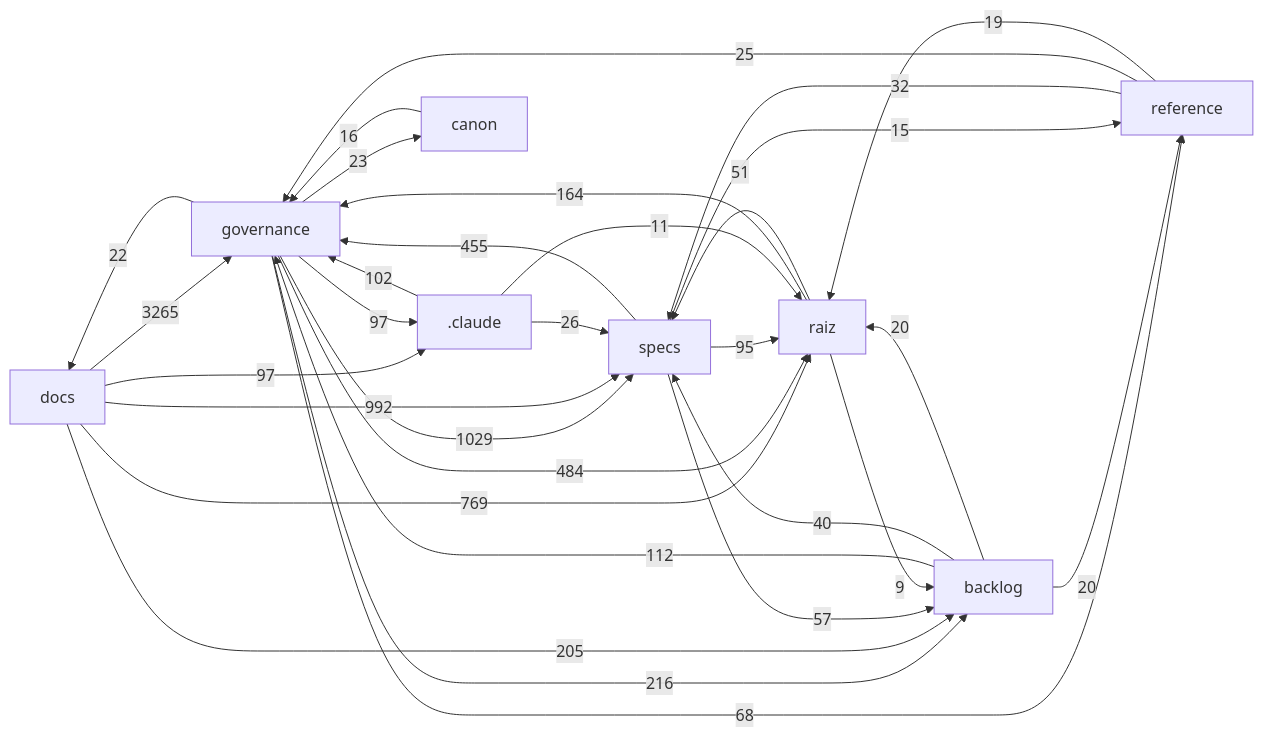
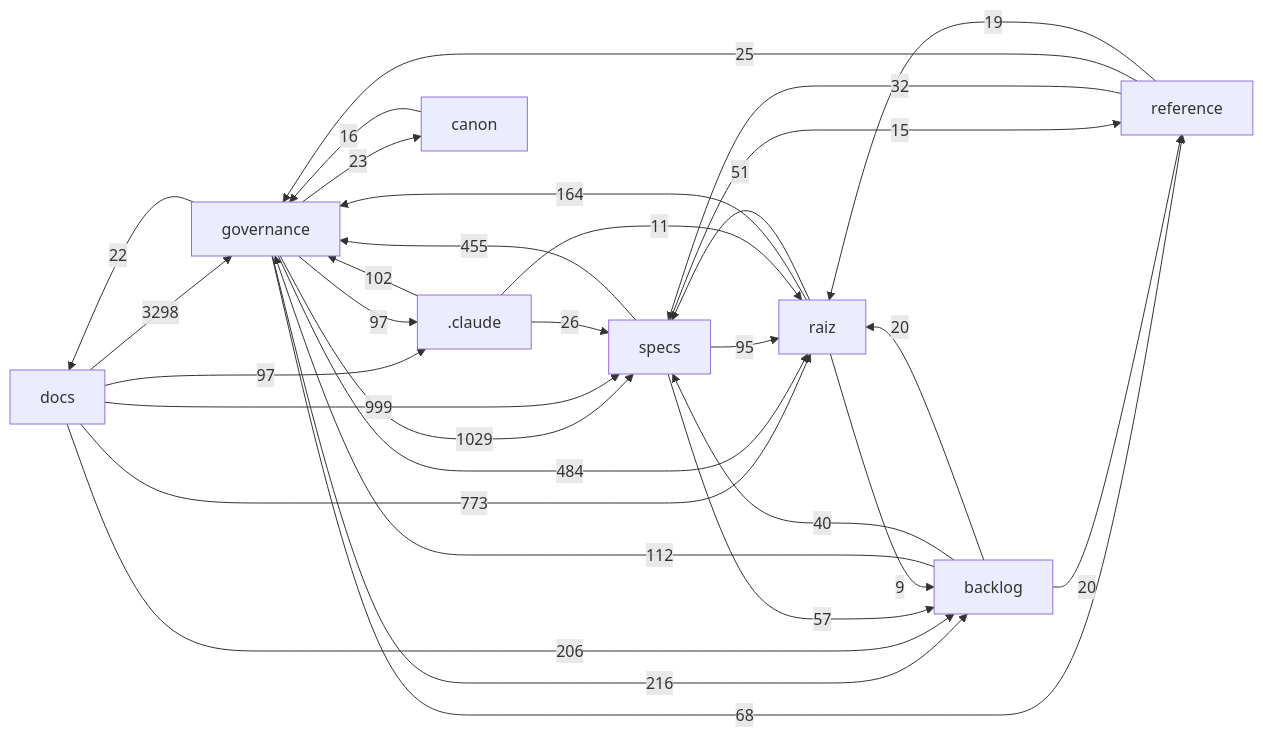
One commit to Andraus35/Sistema-Operacional-de-Trading--SOT changed the diagram in docs/mapa/MAPA-PROJETO.md. Above: the diagram before and after it, drawn with Mermaid. The commit also changed other lines of this file and 2 other files, not shown here.

````diff
--- a/docs/mapa/MAPA-PROJETO.md
+++ b/docs/mapa/MAPA-PROJETO.md
@@ -29,33 +29,33 @@
 ```mermaid
 flowchart LR
-  docs["docs"] -->|3265| governance["governance"]
+  docs["docs"] -->|3298| governance["governance"]
   governance["governance"] -->|1029| specs["specs"]
-  docs["docs"] -->|992| specs["specs"]
-  docs["docs"] -->|769| raiz["raiz"]
+  docs["docs"] -->|999| specs["specs"]
+  docs["docs"] -->|773| raiz["raiz"]
   governance["governance"] -->|484| raiz["raiz"]
   specs["specs"] -->|455| governance["governance"]
   governance["governance"] -->|216| backlog["backlog"]
-  docs["docs"] -->|205| backlog["backlog"]
+  docs["docs"] -->|206| backlog["backlog"]
   raiz["raiz"] -->|164| governance["governance"]
   backlog["backlog"] -->|112| governance["governance"]
   _claude[".claude"] -->|102| governance["governance"]
   docs["docs"] -->|97| _claude[".claude"]
   governance["governance"] -->|97| _claude[".claude"]
   specs["specs"] -->|95| raiz["raiz"]
   governance["governance"] -->|68| reference["reference"]
   specs["specs"] -->|57| backlog["backlog"]
   raiz["raiz"] -->|51| specs["specs"]
   backlog["backlog"] -->|40| specs["specs"]
   reference["reference"] -->|32| specs["specs"]
   _claude[".claude"] -->|26| specs["specs"]
   reference["reference"] -->|25| governance["governance"]
   governance["governance"] -->|23| canon["canon"]
   governance["governance"] -->|22| docs["docs"]
   backlog["backlog"] -->|20| raiz["raiz"]
   backlog["backlog"] -->|20| reference["reference"]
   reference["reference"] -->|19| raiz["raiz"]
   canon["canon"] -->|16| governance["governance"]
   specs["specs"] -->|15| reference["reference"]
   _claude[".claude"] -->|11| raiz["raiz"]
   raiz["raiz"] -->|9| backlog["backlog"]
 ```
````
